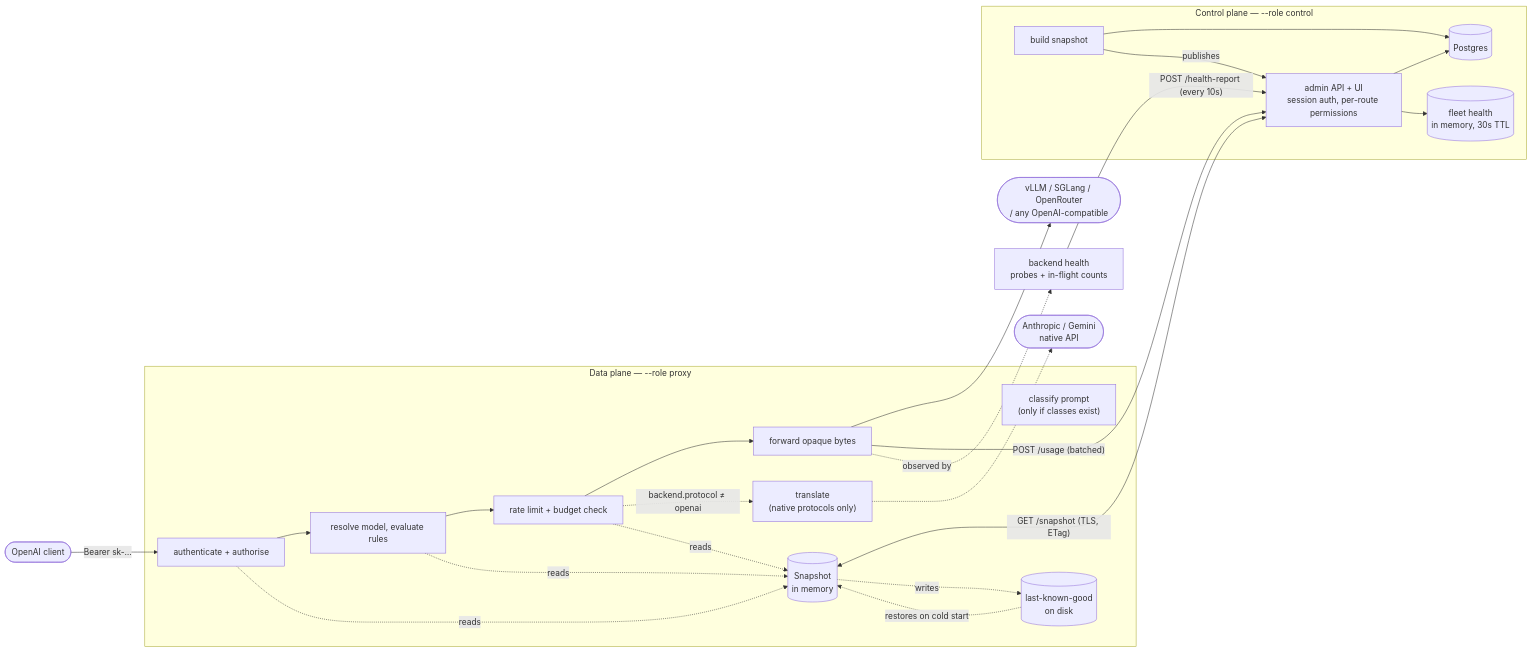
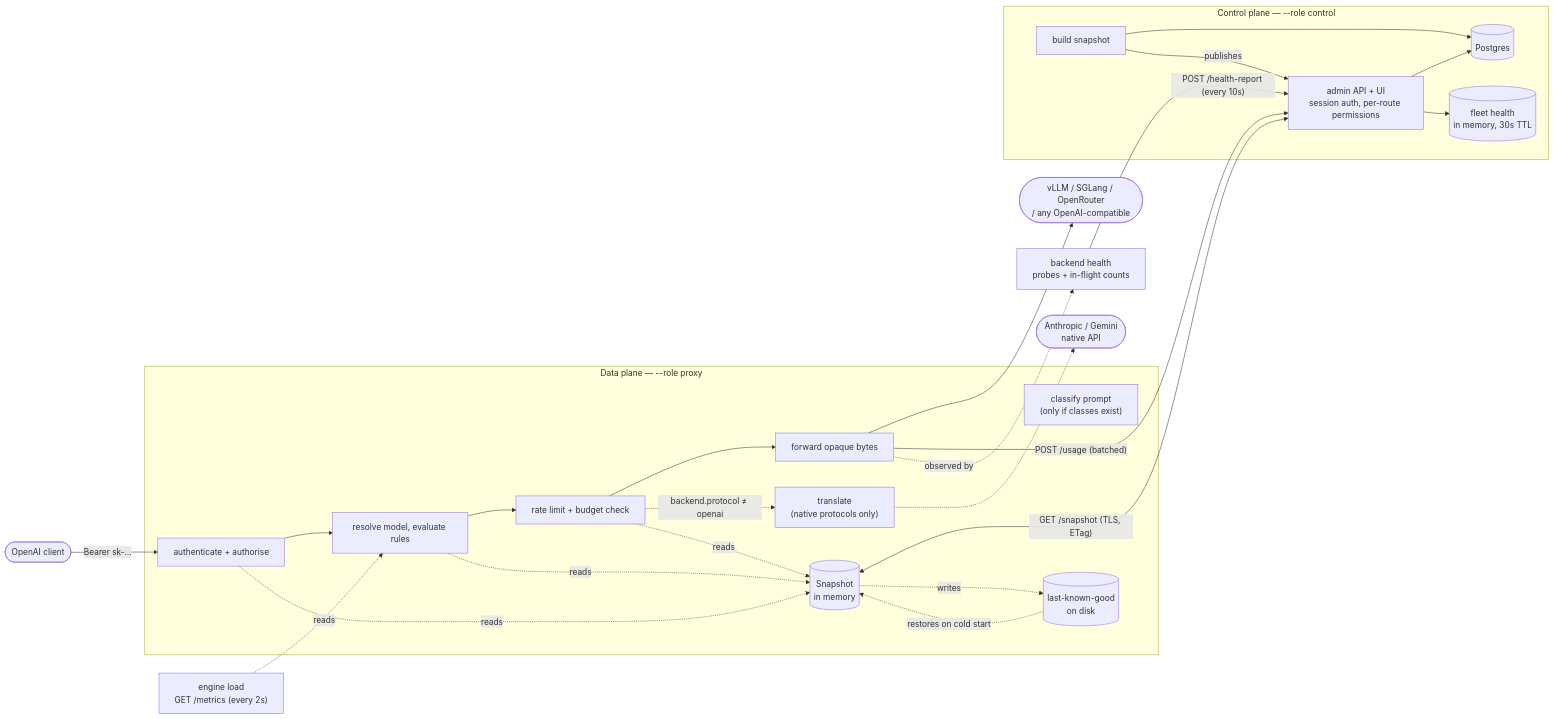
One commit to azrtydxb/Fastllm-proxy changed the first of 3 diagrams in docs/architecture.md. Above: the diagram before and after it, drawn with Mermaid. The commit also changed other lines of this file and 12 other files, not shown here.

````diff
--- a/docs/architecture.md
+++ b/docs/architecture.md
@@ -13,42 +13,43 @@
 ```mermaid
 flowchart LR
     client([OpenAI client])
 
     subgraph dp["Data plane — --role proxy"]
         auth[authenticate + authorise]
         classify["classify prompt<br/>(only if classes exist)"]
         route[resolve model, evaluate rules]
         limit[rate limit + budget check]
         fwd[forward opaque bytes]
         xlate["translate<br/>(native protocols only)"]
         snap[(Snapshot<br/>in memory)]
         cache[(last-known-good<br/>on disk)]
     end
 
     subgraph cp["Control plane — --role control"]
         admin["admin API + UI<br/>session auth, per-route permissions"]
         fleetstore[("fleet health<br/>in memory, 30s TTL")]
         build[build snapshot]
         pg[(Postgres)]
     end
 
     backend([vLLM / SGLang / OpenRouter<br/>/ any OpenAI-compatible])
 
     client -->|"Bearer sk-…"| auth --> route --> limit --> fwd --> backend
     limit -.->|"backend.protocol ≠ openai"| xlate
     xlate -.-> native([Anthropic / Gemini<br/>native API])
     auth -.reads.-> snap
     route -.reads.-> snap
     limit -.reads.-> snap
 
     admin --> pg
     build --> pg
     build -->|publishes| admin
     snap <-->|"GET /snapshot (TLS, ETag)"| admin
     snap -.writes.-> cache
     cache -.restores on cold start.-> snap
     fwd -->|"POST /usage (batched)"| admin
     health["backend health<br/>probes + in-flight counts"] -->|"POST /health-report (every 10s)"| admin
     admin --> fleetstore
     fwd -.observed by.-> health
+    engines["engine load<br/>GET /metrics (every 2s)"] -.reads.-> route
 ```
````
